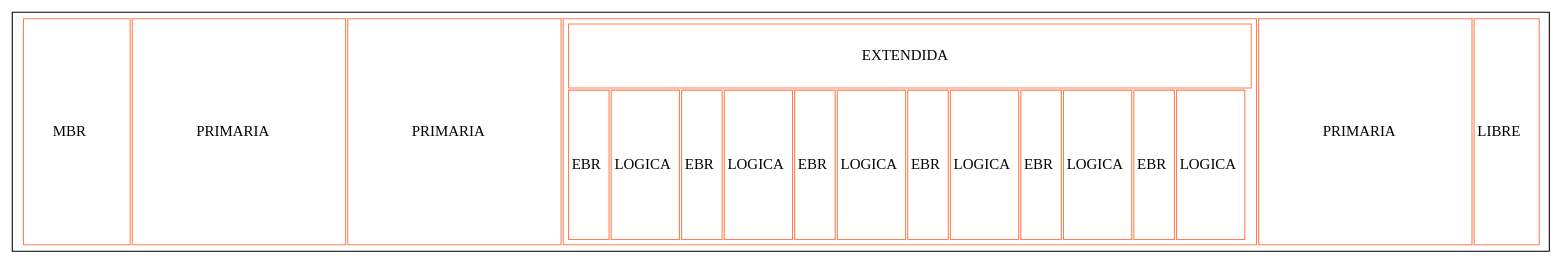
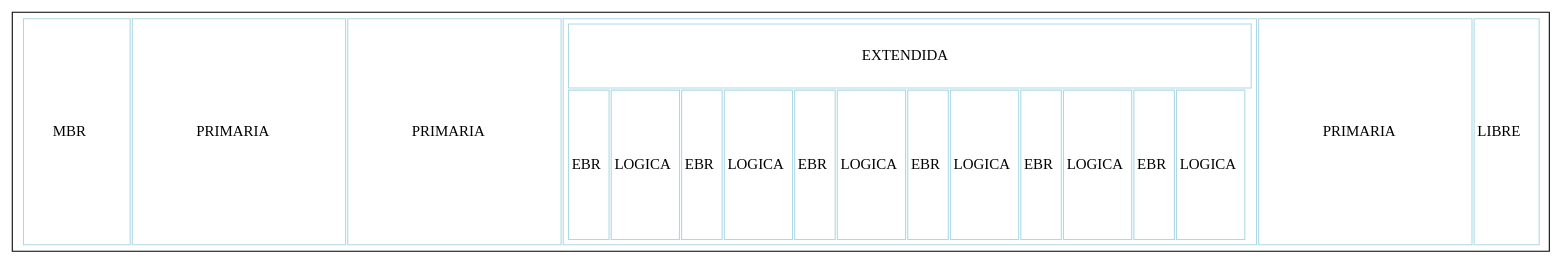
One commit to xJosee/SistemaArchivos changed the diagram in graficaDisco.dot. Above: the diagram before and after it, drawn with Graphviz. The commit also changed 3 other files, not shown here.

```diff
--- a/graficaDisco.dot
+++ b/graficaDisco.dot
@@ -1,34 +1,34 @@
 digraph G{
   tbl [
     shape=box
     label=<
-     <table border='0' cellborder='1' width='600' height='200' color='coral'>
+     <table border='0' cellborder='1' width='600' height='200' color='lightblue'>
      <tr>
      <td  cellspacing= '0' height='200' width='100'> MBR </td>
      <td cellspacing= '0' height='200' width='200'>PRIMARIA </td>
      <td cellspacing= '0' height='200' width='200'>PRIMARIA </td>
      <td cellspacing= '0' height='200' width='200'>
      <table border='0'  height='200' WIDTH='200' cellborder='1'>
      <tr>  <td height='60' colspan='15'>EXTENDIDA</td>  </tr>
      <tr>
      <td cellspacing= '0' height='140'>EBR</td>
      <td cellspacing= '0' height='140'>LOGICA</td>
      <td cellspacing= '0' height='140'>EBR</td>
      <td cellspacing= '0' height='140'>LOGICA</td>
      <td cellspacing= '0' height='140'>EBR</td>
      <td cellspacing= '0' height='140'>LOGICA</td>
      <td cellspacing= '0' height='140'>EBR</td>
      <td cellspacing= '0' height='140'>LOGICA</td>
      <td cellspacing= '0' height='140'>EBR</td>
      <td cellspacing= '0' height='140'>LOGICA</td>
      <td cellspacing= '0' height='140'>EBR</td>
      <td cellspacing= '0' height='140'>LOGICA</td>
      </tr>
      </table>
      </td>
      <td cellspacing= '0' height='200' width='200'>PRIMARIA </td>
      <td height='200'> LIBRE </td>     </tr> 
      </table>        
 >];
 
 }
```
